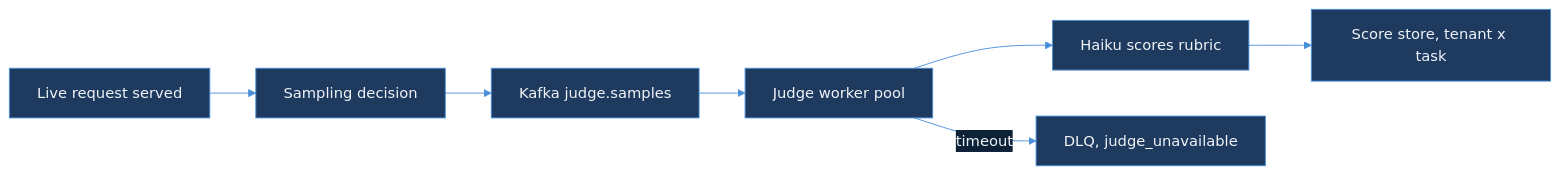
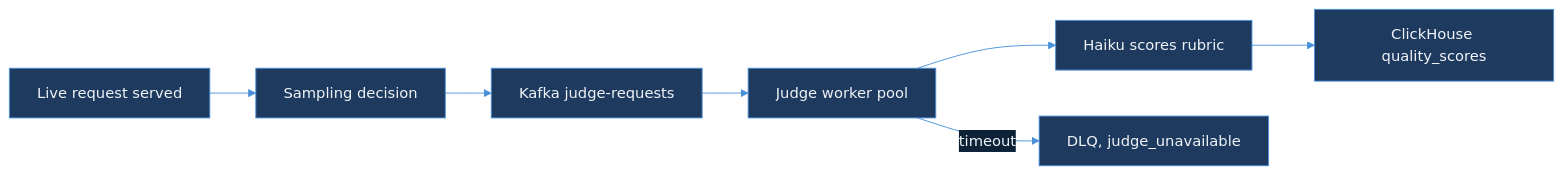
One commit to AkshantVats/infra-ai-streaming changed the diagram in model-quality-scorer/DESIGN.md. Above: the diagram before and after it, drawn with Mermaid. The commit also changed other lines of this file, not shown here.

First line of the commit message:
docs: align model-quality-scorer DESIGN.md with Day 74's published preview

````diff
--- a/model-quality-scorer/DESIGN.md
+++ b/model-quality-scorer/DESIGN.md
@@ -57,25 +57,25 @@
 ```mermaid
 %%{init: {
   'theme': 'base',
   'themeVariables': {
     'primaryColor': '#1e3a5f',
     'primaryTextColor': '#f0f4f8',
     'primaryBorderColor': '#4a90d9',
     'lineColor': '#4a90d9',
     'secondaryColor': '#0d2137',
     'tertiaryColor': '#0a1a2e',
     'background': 'transparent',
     'nodeBorder': '#4a90d9',
     'clusterBkg': '#0d2137',
     'titleColor': '#f0f4f8',
     'edgeLabelBackground': '#0d2137'
   }
 }}%%
 flowchart LR
   req["Live request served"] --> sample["Sampling decision"]
-  sample --> topic["Kafka judge.samples"]
+  sample --> topic["Kafka judge-requests"]
   topic --> worker["Judge worker pool"]
   worker --> haiku["Haiku scores rubric"]
-  haiku --> store["Score store, tenant x task"]
+  haiku --> store["ClickHouse quality_scores"]
   worker -->|"timeout"| dlq["DLQ, judge_unavailable"]
 ```
````
